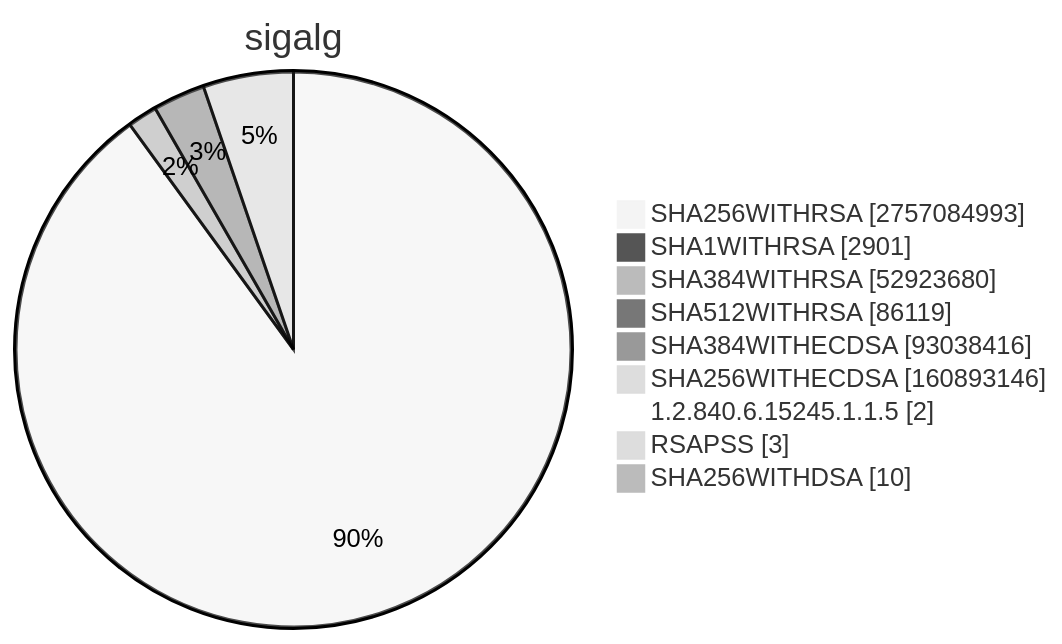
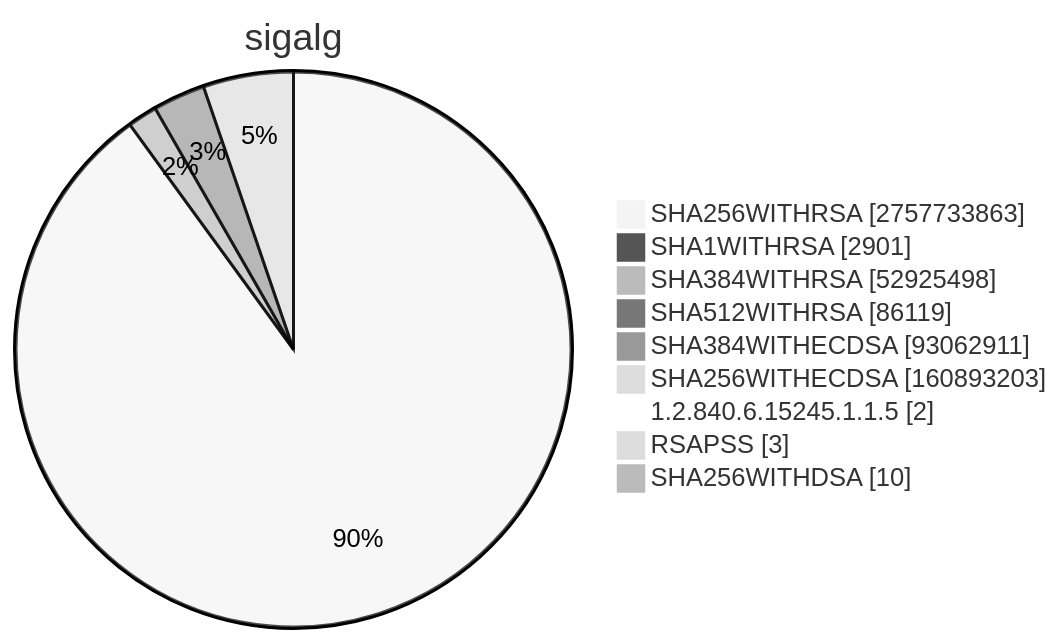
Before and after one commit to christiankrug/ctmonitor_visualization: diagram 15 of 15 in TOTAL/README.md, drawn with Mermaid (neutral theme). The commit also changed other lines of this file, not shown here.

````diff
--- a/TOTAL/README.md
+++ b/TOTAL/README.md
@@ -6207,13 +6207,13 @@
 ```mermaid
 pie showData
 title sigalg
-"SHA256WITHRSA" :2757084993
+"SHA256WITHRSA" :2757733863
 "SHA1WITHRSA" :2901
-"SHA384WITHRSA" :52923680
+"SHA384WITHRSA" :52925498
 "SHA512WITHRSA" :86119
-"SHA384WITHECDSA" :93038416
-"SHA256WITHECDSA" :160893146
+"SHA384WITHECDSA" :93062911
+"SHA256WITHECDSA" :160893203
 "1.2.840.6.15245.1.1.5" :2
 "RSAPSS" :3
 "SHA256WITHDSA" :10
 ```
````
